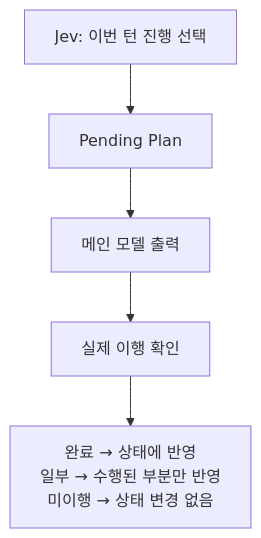
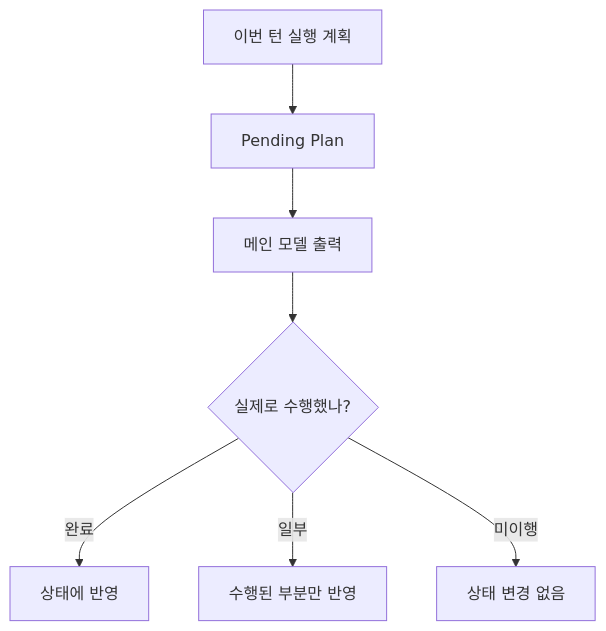
The third of 4 diagrams in README.md (bongbong11/-_-), drawn with Mermaid before and after one commit. The commit also changed other lines of this file, not shown here.

```diff
--- a/README.md
+++ b/README.md
@@ -242,7 +408,9 @@
 ~~~mermaid
 flowchart TD
-    A["Jev: 이번 턴 진행 선택"] --> B["Pending Plan"]
+    A["이번 턴 실행 계획"] --> B["Pending Plan"]
     B --> C["메인 모델 출력"]
-    C --> D["실제 이행 확인"]
-    D --> E["완료 → 상태에 반영<br/>일부 → 수행된 부분만 반영<br/>미이행 → 상태 변경 없음"]
+    C --> D{"실제로 수행했나?"}
+    D -->|"완료"| E["상태에 반영"]
+    D -->|"일부"| F["수행된 부분만 반영"]
+    D -->|"미이행"| G["상태 변경 없음"]
 ~~~
```
